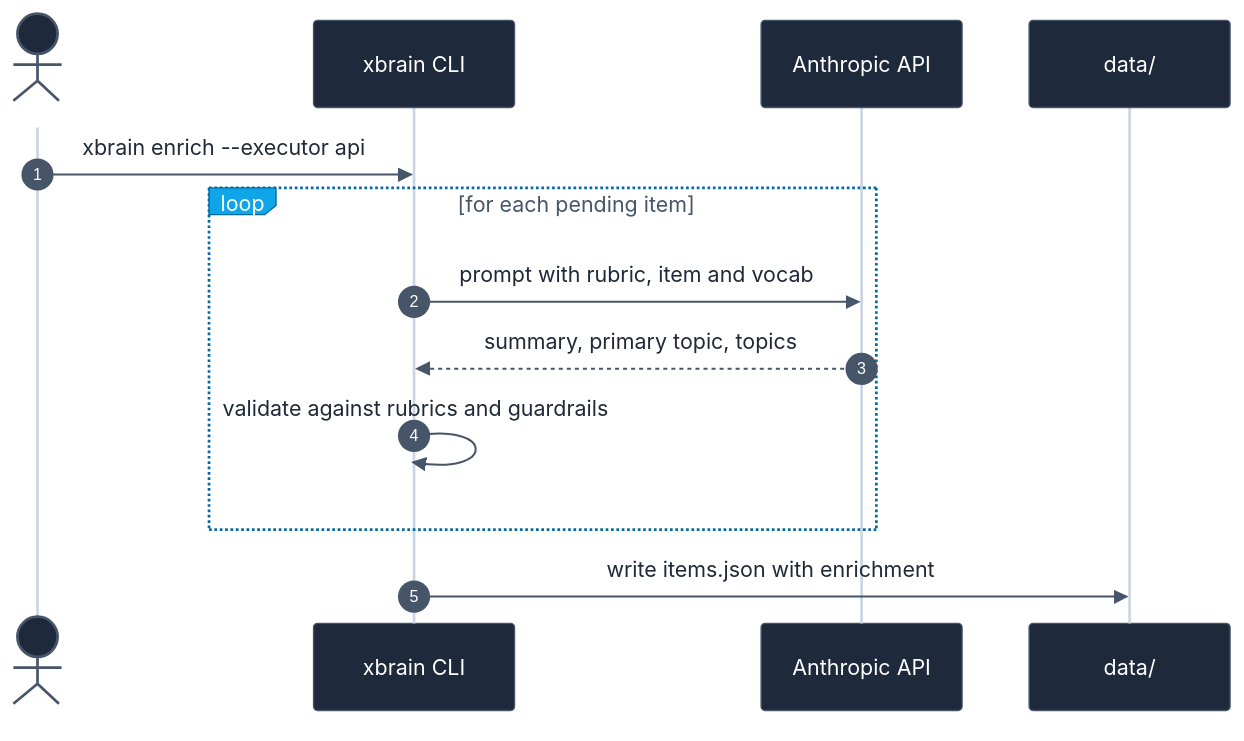
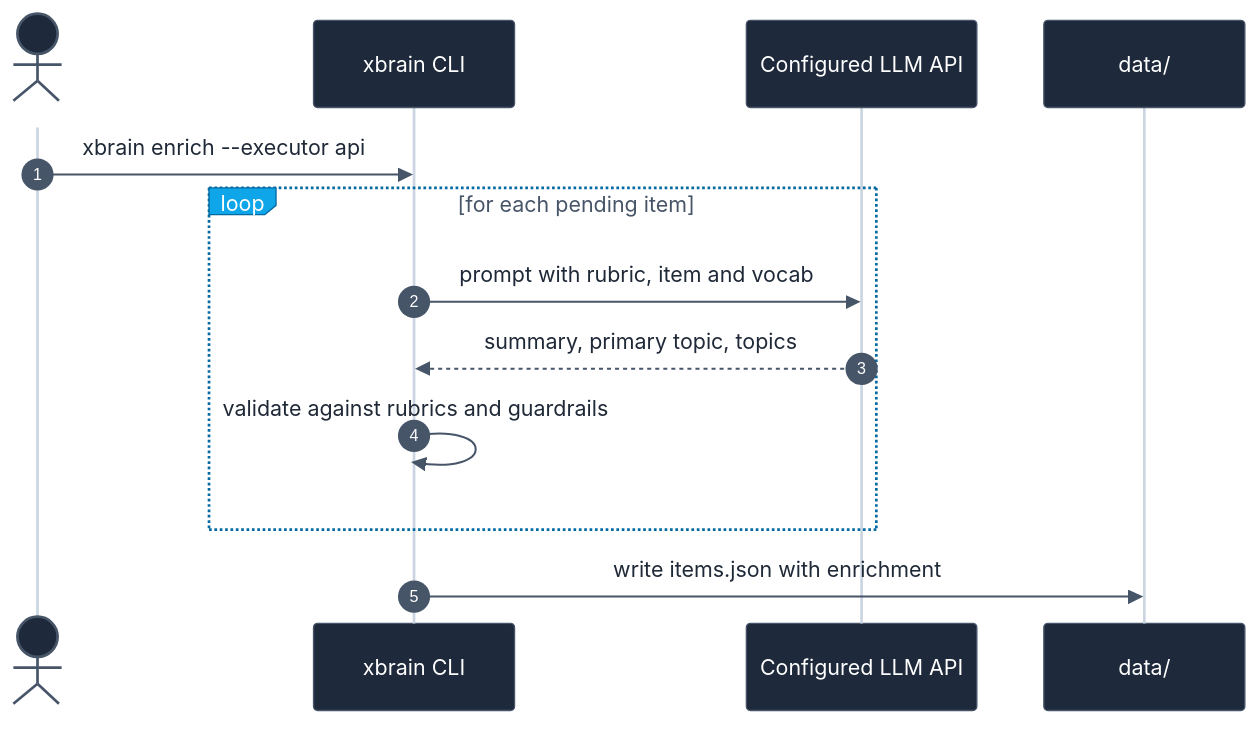
One commit to BernatDuran/xbrain changed the third of 4 diagrams in README.md. Above: the diagram before and after it, drawn with Mermaid. The commit also changed other lines of this file and 23 other files, not shown here.

````diff
--- a/README.md
+++ b/README.md
@@ -1024,38 +1036,38 @@
 ```mermaid
 %%{init: {
   'theme':'base',
   'themeVariables':{
     'fontFamily':'ui-sans-serif, system-ui, sans-serif',
     'fontSize':'13px',
     'background':'transparent',
     'actorBkg':'#1e293b',
     'actorBorder':'#475569',
     'actorTextColor':'#fff',
     'actorLineColor':'#cbd5e1',
     'noteBkgColor':'#fef3c7',
     'noteBorderColor':'#b45309',
     'noteTextColor':'#451a03',
     'signalColor':'#475569',
     'signalTextColor':'#1f2937',
     'labelBoxBkgColor':'#0ea5e9',
     'labelBoxBorderColor':'#0369a1',
     'labelTextColor':'#fff',
     'loopTextColor':'#475569',
     'sequenceNumberColor':'#fff'
   }
 }}%%
 sequenceDiagram
     autonumber
     actor U as You
     participant CLI as xbrain CLI
-    participant API as Anthropic API
+    participant API as Configured LLM API
     participant Data as data/
 
     U->>CLI: xbrain enrich --executor api
     loop for each pending item
         CLI->>API: prompt with rubric, item and vocab
         API-->>CLI: summary, primary topic, topics
         CLI->>CLI: validate against rubrics and guardrails
     end
     CLI->>Data: write items.json with enrichment
 ```
````
